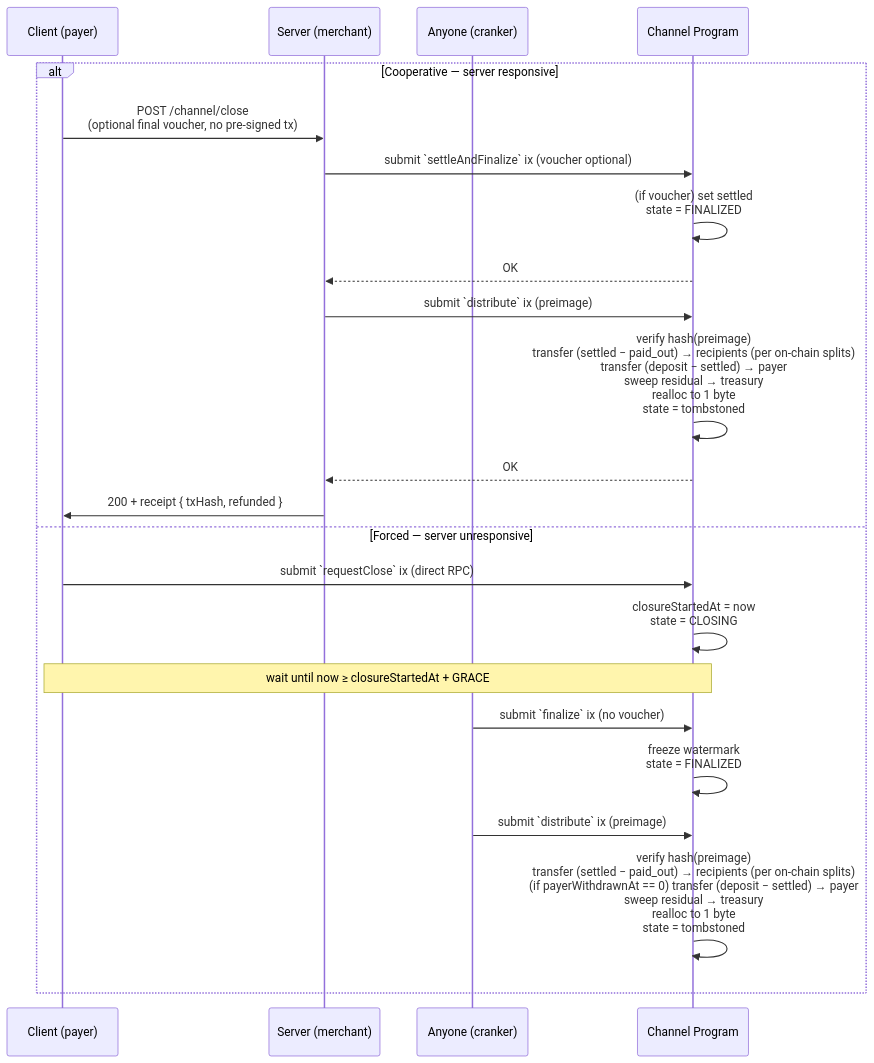
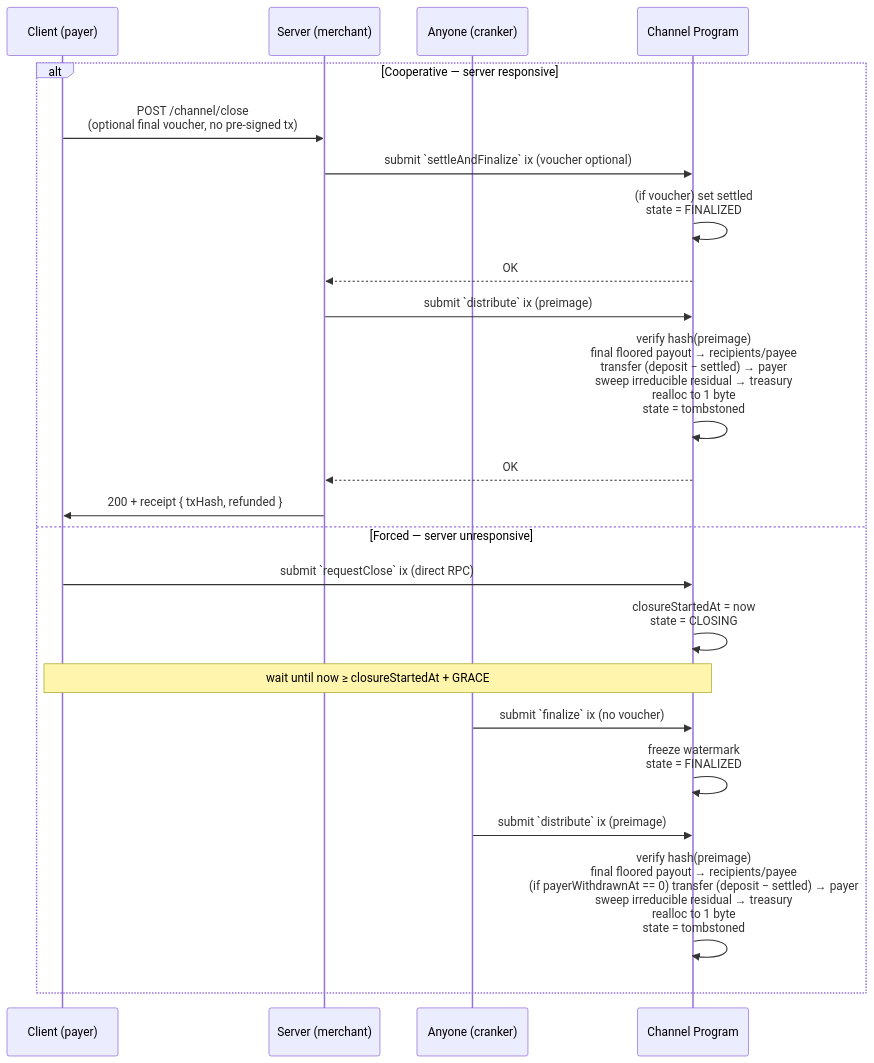
One commit to solana-foundation/payment-channels changed the second of 2 diagrams in docs/002-http-protocol.md. Above: the diagram before and after it, drawn with Mermaid. The commit also changed other lines of this file and 10 other files, not shown here.

````diff
--- a/docs/002-http-protocol.md
+++ b/docs/002-http-protocol.md
@@ -146,30 +146,30 @@
 ```mermaid
 sequenceDiagram
     participant C as Client (payer)
     participant S as Server (merchant)
     participant A as Anyone (cranker)
     participant P as Channel Program
 
     alt Cooperative — server responsive
         C->>S: POST /channel/close<br/>(optional final voucher, no pre-signed tx)
         S->>P: submit `settleAndFinalize` ix (voucher optional)
         P->>P: (if voucher) set settled<br/>state = FINALIZED
         P-->>S: OK
 
         S->>P: submit `distribute` ix (preimage)
-        P->>P: verify hash(preimage)<br/>transfer (settled − paid_out) → recipients (per on-chain splits)<br/>transfer (deposit − settled) → payer<br/>sweep residual → treasury<br/>realloc to 1 byte<br/>state = tombstoned
+        P->>P: verify hash(preimage)<br/>final floored payout → recipients/payee<br/>transfer (deposit − settled) → payer<br/>sweep irreducible residual → treasury<br/>realloc to 1 byte<br/>state = tombstoned
         P-->>S: OK
         S->>C: 200 + receipt { txHash, refunded }
     else Forced — server unresponsive
         C->>P: submit `requestClose` ix (direct RPC)
         P->>P: closureStartedAt = now<br/>state = CLOSING
 
         Note over C,P: wait until now ≥ closureStartedAt + GRACE
 
         A->>P: submit `finalize` ix (no voucher)
         P->>P: freeze watermark<br/>state = FINALIZED
 
         A->>P: submit `distribute` ix (preimage)
-        P->>P: verify hash(preimage)<br/>transfer (settled − paid_out) → recipients (per on-chain splits)<br/>(if payerWithdrawnAt == 0) transfer (deposit − settled) → payer<br/>sweep residual → treasury<br/>realloc to 1 byte<br/>state = tombstoned
+        P->>P: verify hash(preimage)<br/>final floored payout → recipients/payee<br/>(if payerWithdrawnAt == 0) transfer (deposit − settled) → payer<br/>sweep irreducible residual → treasury<br/>realloc to 1 byte<br/>state = tombstoned
     end
 ```
````
